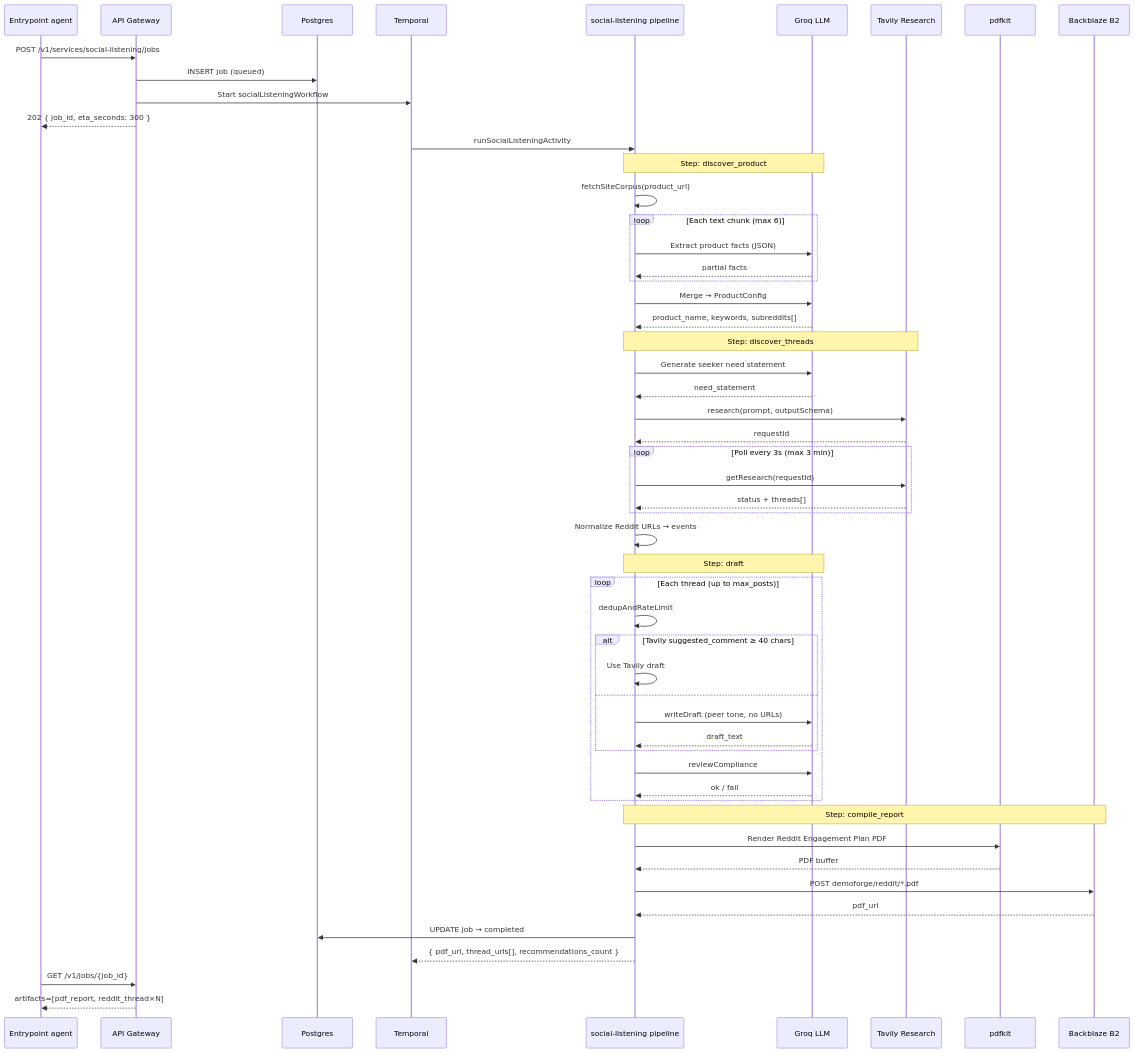
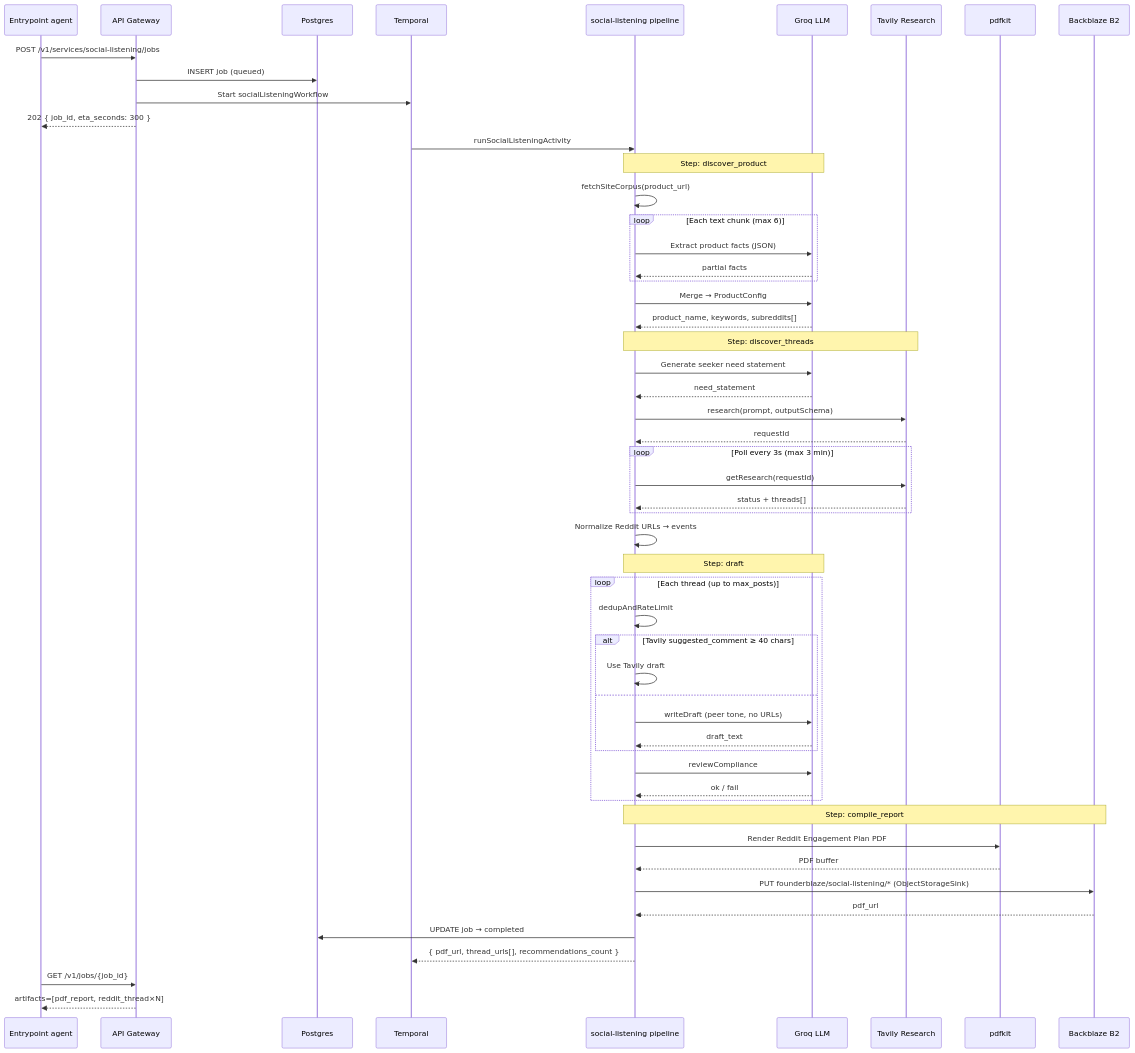
The seventh of 14 diagrams in README.md (Marshal-AM/founderblaze), drawn with Mermaid before and after one commit. The commit also changed other lines of this file, not shown here.

````diff
--- a/README.md
+++ b/README.md
@@ -1479,65 +1450,65 @@
 ```mermaid
 sequenceDiagram
     participant Agent as Calling Agent
     participant GW as API Gateway
     participant Agent as Entrypoint agent
     participant DB as Postgres
     participant T as Temporal
     participant SL as social-listening pipeline
     participant Groq as Groq LLM
     participant Tavily as Tavily Research
     participant PDF as pdfkit
     participant SB as Backblaze B2
 
     Agent->>GW: POST /v1/services/social-listening/jobs
         GW->>DB: INSERT job (queued)
     GW->>T: Start socialListeningWorkflow
     GW-->>Agent: 202 { job_id, eta_seconds: 300 }
 
     T->>SL: runSocialListeningActivity
 
     Note over SL,Groq: Step: discover_product
     SL->>SL: fetchSiteCorpus(product_url)
     loop Each text chunk (max 6)
         SL->>Groq: Extract product facts (JSON)
         Groq-->>SL: partial facts
     end
     SL->>Groq: Merge → ProductConfig
     Groq-->>SL: product_name, keywords, subreddits[]
 
     Note over SL,Tavily: Step: discover_threads
     SL->>Groq: Generate seeker need statement
     Groq-->>SL: need_statement
     SL->>Tavily: research(prompt, outputSchema)
     Tavily-->>SL: requestId
     loop Poll every 3s (max 3 min)
         SL->>Tavily: getResearch(requestId)
         Tavily-->>SL: status + threads[]
     end
     SL->>SL: Normalize Reddit URLs → events
 
     Note over SL,Groq: Step: draft
     loop Each thread (up to max_posts)
         SL->>SL: dedupAndRateLimit
         alt Tavily suggested_comment ≥ 40 chars
             SL->>SL: Use Tavily draft
         else
             SL->>Groq: writeDraft (peer tone, no URLs)
             Groq-->>SL: draft_text
         end
         SL->>Groq: reviewCompliance
         Groq-->>SL: ok / fail
     end
 
     Note over SL,SB: Step: compile_report
     SL->>PDF: Render Reddit Engagement Plan PDF
     PDF-->>SL: PDF buffer
-    SL->>SB: POST demoforge/reddit/*.pdf
+    SL->>SB: PUT founderblaze/social-listening/* (ObjectStorageSink)
     SB-->>SL: pdf_url
 
     SL->>DB: UPDATE job → completed
     SL-->>T: { pdf_url, thread_urls[], recommendations_count }
 
     Agent->>GW: GET /v1/jobs/{job_id}
     GW-->>Agent: artifacts=[pdf_report, reddit_thread×N]
 ```
````
